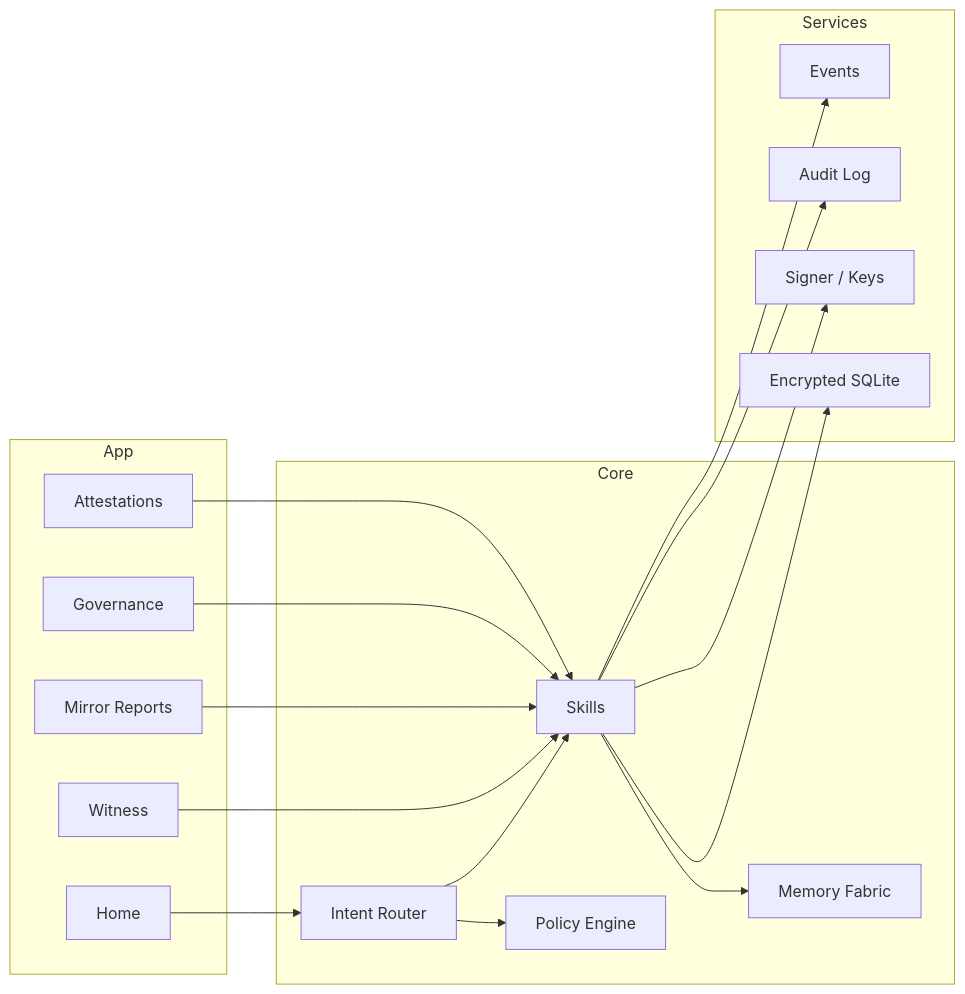
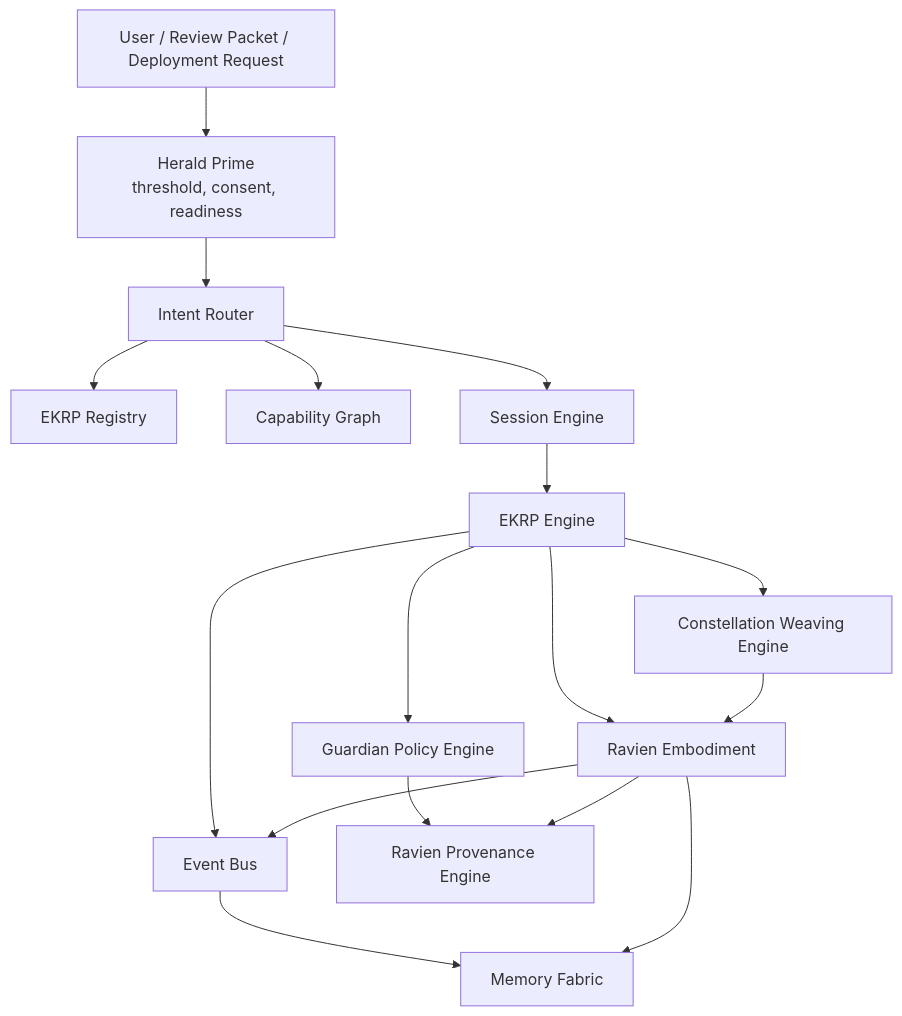
The diagram in docs/ekrps/ravien/README.md (S1ngularD2ality/eidonic-language-elol), drawn with Mermaid before and after one commit. The commit also changed other lines of this file, not shown here.

````diff
--- a/docs/ekrps/ravien/README.md
+++ b/docs/ekrps/ravien/README.md
@@ -77,36 +178,34 @@
 ```mermaid
-flowchart LR
-  subgraph App
-    HM["Home"]
-    WT["Witness"]
-    MR["Mirror Reports"]
-    GV["Governance"]
-    AT["Attestations"]
-  end
+flowchart TD
 
-  subgraph Core
+    UI["User / Review Packet / Deployment Request"]
+    HP["Herald Prime<br/>threshold, consent, readiness"]
     IR["Intent Router"]
-    SK["Skills"]
+    ER["EKRP Registry"]
+    CG["Capability Graph"]
+    SE["Session Engine"]
+    EKE["EKRP Engine"]
+    CWE["Constellation Weaving Engine"]
+    EB["Event Bus"]
     MF["Memory Fabric"]
-    PE["Policy Engine"]
-  end
+    GPE["Guardian Policy Engine"]
+    RPE["Ravien Provenance Engine"]
+    RAV["Ravien Embodiment"]
 
-  subgraph Services
-    EV["Events"]
-    LOG["Audit Log"]
-    SIG["Signer / Keys"]
-    DB["Encrypted SQLite"]
-  end
-
-  HM --> IR --> SK
-  WT --> SK
-  MR --> SK
-  GV --> SK
-  AT --> SK
-  SK --> MF
-  SK --> DB
-  SK --> EV
-  SK --> LOG
-  SK --> SIG
-  IR --> PE
+    UI --> HP
+    HP --> IR
+    IR --> ER
+    IR --> CG
+    IR --> SE
+    SE --> EKE
+    EKE --> RAV
+    EKE --> CWE
+    EKE --> EB
+    EB --> MF
+    EKE --> GPE
+    GPE --> RPE
+    RAV --> RPE
+    RAV --> MF
+    RAV --> EB
+    CWE --> RAV
 ```
````
